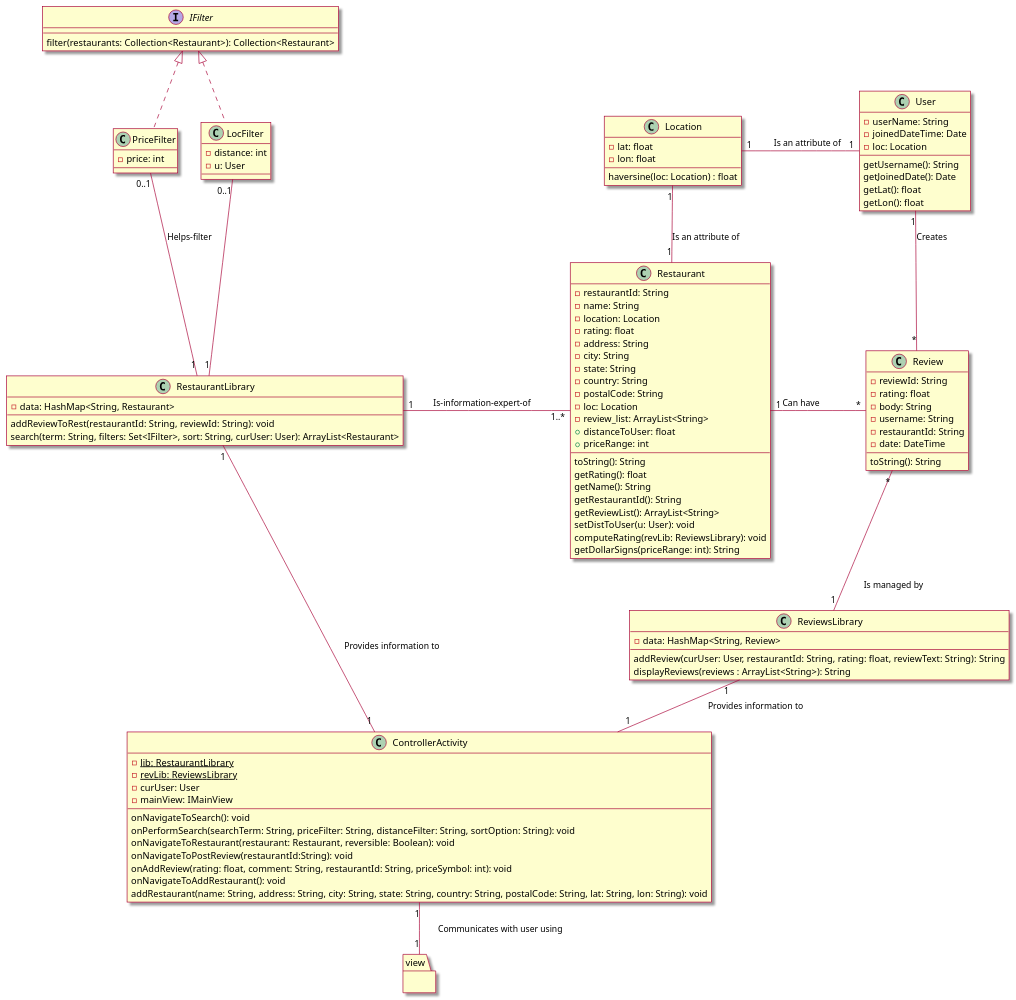
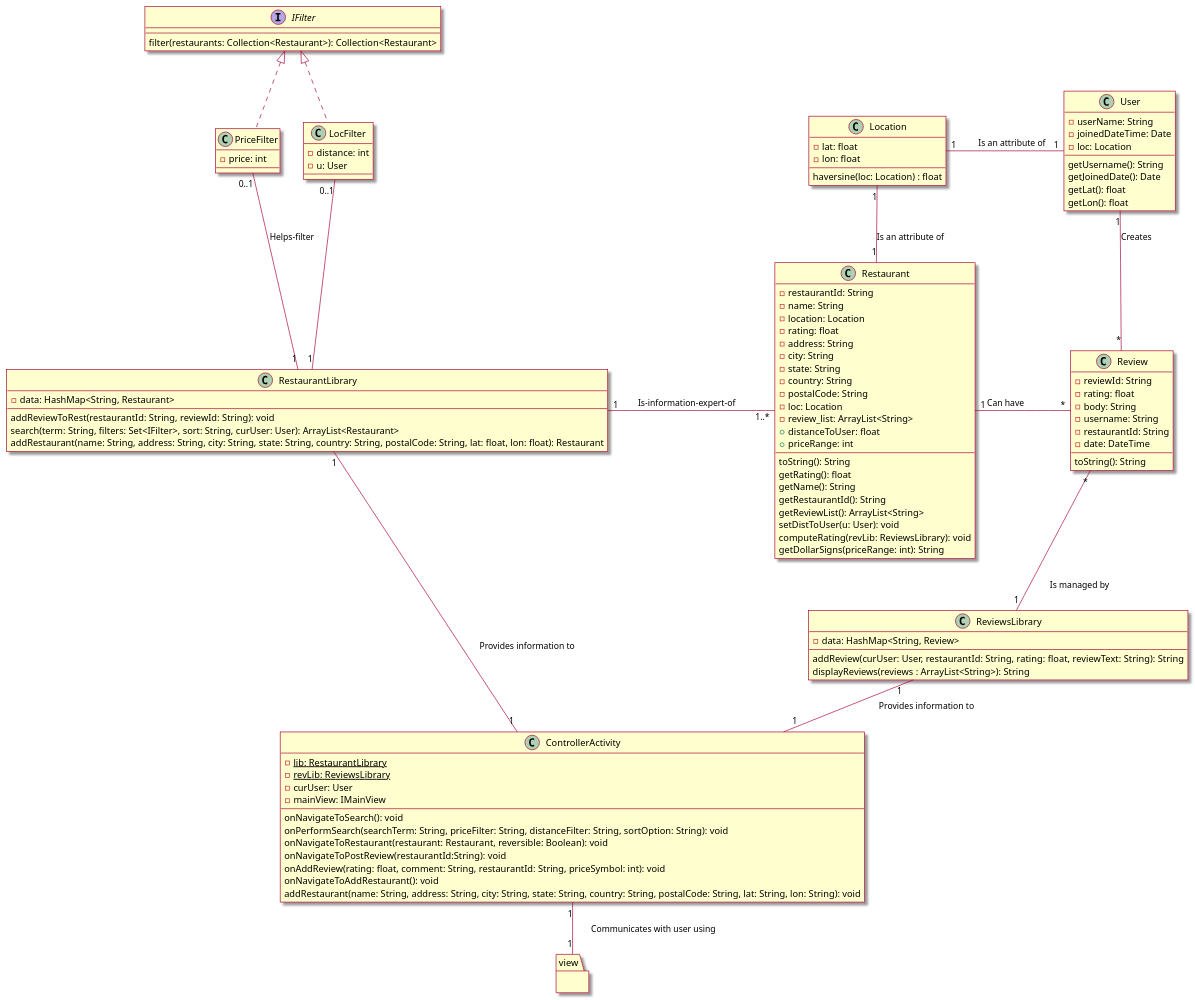
Before and after one commit to tanwasp/LunchBox-Android: the fourth of 5 diagrams in intellij/doc/design.md, drawn with PlantUML. The commit also changed 3 other files, not shown here.

```diff
--- a/intellij/doc/design.md
+++ b/intellij/doc/design.md
@@ -153,6 +153,7 @@
     --
     addReviewToRest(restaurantId: String, reviewId: String): void
     search(term: String, filters: Set<IFilter>, sort: String, curUser: User): ArrayList<Restaurant>
+    addRestaurant(name: String, address: String, city: String, state: String, country: String, postalCode: String, lat: float, lon: float): Restaurant
 }
 
 class ReviewsLibrary{
```
